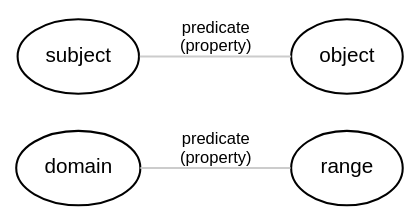
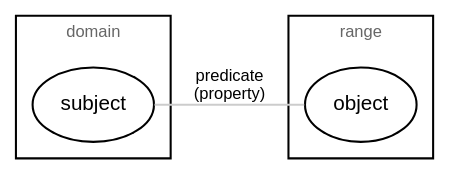
Before and after one commit to petrpajdla/atRium: the ninth of 11 diagrams in ariadne/index.qmd, drawn with Graphviz. The commit also changed other lines of this file and 1 other file, not shown here.

````diff
--- a/ariadne/index.qmd
+++ b/ariadne/index.qmd
@@ -805,22 +803,38 @@
 ```{dot}
 //| echo: false
 //| fig-width: 6
 //| fig-align: "center"
 
 graph G {
   rankdir=LR
   bgcolor="transparent"
   node [
     fontname="Vollkorn,sans-serif"
     fontsize="10"
   ]
   edge [
     fontname="Vollkorn,sans-serif" 
     fontsize="8"
     color="gray80"
   ]
+  graph [
+    fontname="Vollkorn,sans-serif"
+    fontsize="8"
+    fontcolor="gray40"
+  ]
   
-  "domain" -- "range" [label="predicate\n(property)"];
+  subgraph cluster_0 {
+    "subject";
+    label = "domain";
+    color = "black";
+  }
+  
+  subgraph cluster_1 {
+    "object";
+    label = "range";
+    color = "black";
+  }
+  
   "subject" -- "object" [label="predicate\n(property)"];
 }
 ```
````
